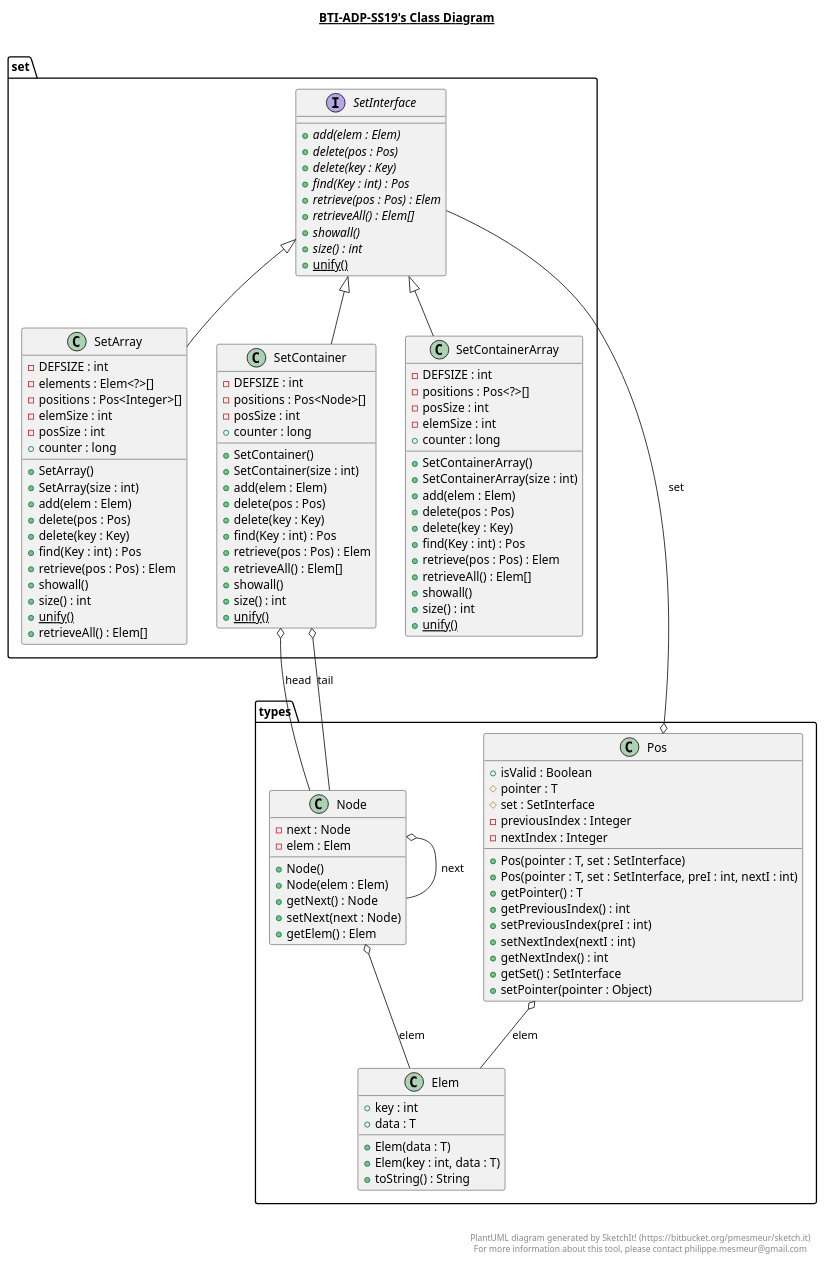
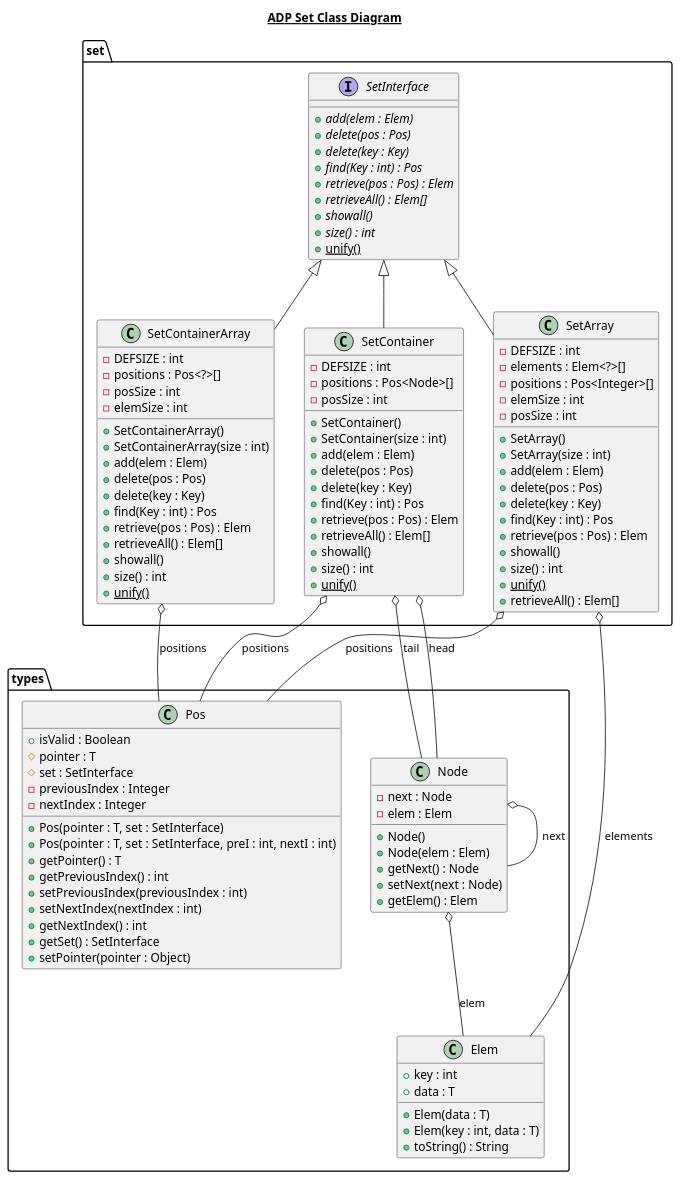
Before and after one commit to Finnfj/BTI-ADP-SS19: the diagram in BTI-ADP-SS19.plantuml, drawn with PlantUML. The commit also changed 1 other file, not shown here.

Commit message:
final uml diagram

```diff
--- a/BTI-ADP-SS19.plantuml
+++ b/BTI-ADP-SS19.plantuml
@@ -1,148 +1,141 @@
 @startuml
 
-title __BTI-ADP-SS19's Class Diagram__\n
+title __ADP Set Class Diagram__
 
   package types {
     class Elem {
         + key : int
         + data : T
         + Elem(data : T)
         + Elem(key : int, data : T)
         + toString() : String
     }
   }
 
 
   package types {
     class Node {
         - next : Node
         - elem : Elem
         + Node()
         + Node(elem : Elem)
         + getNext() : Node
         + setNext(next : Node)
         + getElem() : Elem
     }
   }
 
 
   package types {
     class Pos {
         + isValid : Boolean
         # pointer : T
         # set : SetInterface
         - previousIndex : Integer
         - nextIndex : Integer
         + Pos(pointer : T, set : SetInterface)
         + Pos(pointer : T, set : SetInterface, preI : int, nextI : int)
         + getPointer() : T
         + getPreviousIndex() : int
-        + setPreviousIndex(preI : int)
-        + setNextIndex(nextI : int)
+        + setPreviousIndex(previousIndex : int)
+        + setNextIndex(nextIndex : int)
         + getNextIndex() : int
         + getSet() : SetInterface
         + setPointer(pointer : Object)
     }
   }
   
 
   package set {
     class SetArray {
         - DEFSIZE : int
         - elements : Elem<?>[]
         - positions : Pos<Integer>[]
         - elemSize : int
         - posSize : int
-        + counter : long
         + SetArray()
         + SetArray(size : int)
         + add(elem : Elem)
         + delete(pos : Pos)
         + delete(key : Key)
         + find(Key : int) : Pos
         + retrieve(pos : Pos) : Elem
         + showall()
         + size() : int
         {static} + unify()
         + retrieveAll() : Elem[]
     }
   }
 
 
   package set {
-    class SetContainer {
+    class SetContainerArray {
         - DEFSIZE : int
-        - positions : Pos<Node>[]
+        - positions : Pos<?>[]
         - posSize : int
-        + counter : long
-        + SetContainer()
-        + SetContainer(size : int)
+        - elemSize : int
+        + SetContainerArray()
+        + SetContainerArray(size : int)
         + add(elem : Elem)
         + delete(pos : Pos)
         + delete(key : Key)
         + find(Key : int) : Pos
         + retrieve(pos : Pos) : Elem
         + retrieveAll() : Elem[]
         + showall()
         + size() : int
         {static} + unify()
     }
   }
 
 
   package set {
-    class SetContainerArray {
+    class SetContainer {
         - DEFSIZE : int
-        - positions : Pos<?>[]
+        - positions : Pos<Node>[]
         - posSize : int
-        - elemSize : int
-        + counter : long
-        + SetContainerArray()
-        + SetContainerArray(size : int)
+        + SetContainer()
+        + SetContainer(size : int)
         + add(elem : Elem)
         + delete(pos : Pos)
         + delete(key : Key)
         + find(Key : int) : Pos
         + retrieve(pos : Pos) : Elem
         + retrieveAll() : Elem[]
         + showall()
         + size() : int
         {static} + unify()
     }
   }
 
 
   package set {
     interface SetInterface {
         {abstract} + add(elem : Elem)
         {abstract} + delete(pos : Pos)
         {abstract} + delete(key : Key)
         {abstract} + find(Key : int) : Pos
         {abstract} + retrieve(pos : Pos) : Elem
         {abstract} + retrieveAll() : Elem[]
         {abstract} + showall()
         {abstract} + size() : int
         {static} + unify()
     }
   }
   
 
   Node o-- Node : next
   Node o-- Elem : elem
-  Pos o-- Elem : elem
-  Pos o-- SetInterface : set
   SetArray -up-|> SetInterface
   SetContainer -up-|> SetInterface
   SetContainer o-- Node : head
   SetContainer o-- Node : tail
+  SetContainer o-- Pos : positions
+  SetContainerArray o-- Pos : positions
+  SetArray o-- Pos : positions
+  SetArray o-- Elem : elements
   SetContainerArray -up-|> SetInterface
 
 
-right footer
-
-
-PlantUML diagram generated by SketchIt! (https://bitbucket.org/pmesmeur/sketch.it)
-For more information about this tool, please contact philippe.mesmeur@gmail.com
-endfooter
 
 @enduml
```
